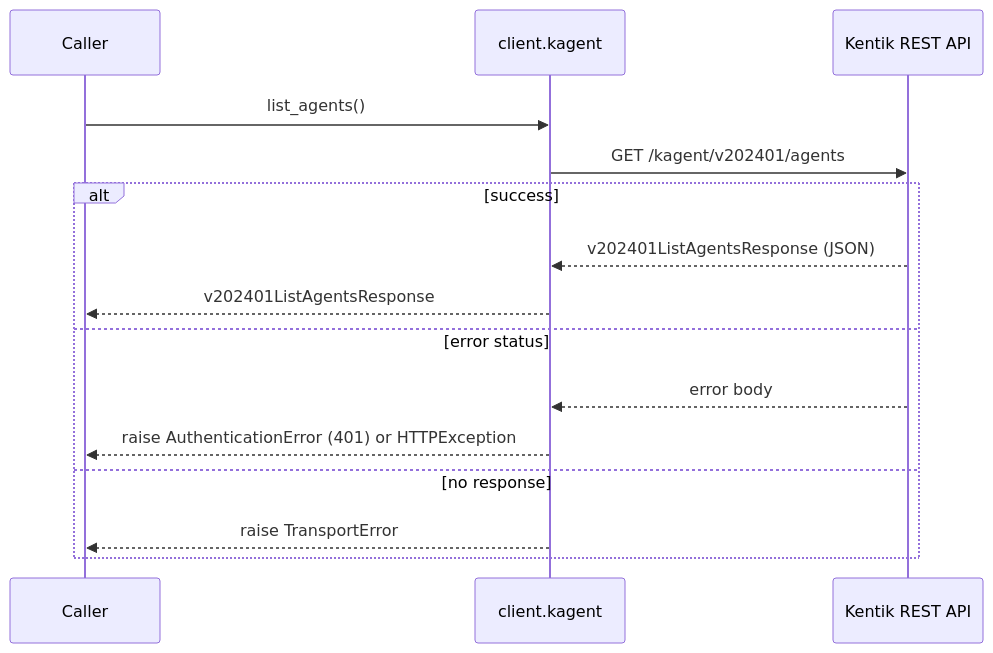
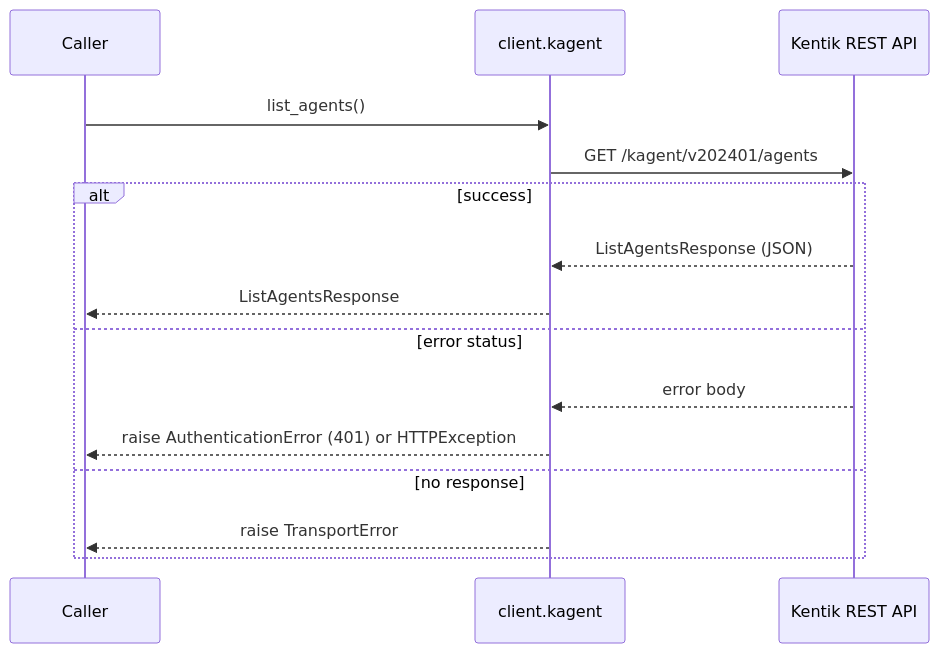
One commit to alexdearaujo/community_sdk_python changed the second of 58 diagrams in docs/sphinx/services/kagent.md. Above: the diagram before and after it, drawn with Mermaid. The commit also changed other lines of this file and 38 other files, not shown here.

````diff
--- a/docs/sphinx/services/kagent.md
+++ b/docs/sphinx/services/kagent.md
@@ -40,18 +40,18 @@
 ```mermaid
 sequenceDiagram
     participant C as Caller
     participant W as client.kagent
     participant API as Kentik REST API
 
     C->>W: list_agents()
     W->>API: GET /kagent/v202401/agents
     alt success
-        API-->>W: v202401ListAgentsResponse (JSON)
-        W-->>C: v202401ListAgentsResponse
+        API-->>W: ListAgentsResponse (JSON)
+        W-->>C: ListAgentsResponse
     else error status
         API-->>W: error body
         W-->>C: raise AuthenticationError (401) or HTTPException
     else no response
         W-->>C: raise TransportError
     end
 ```
````
